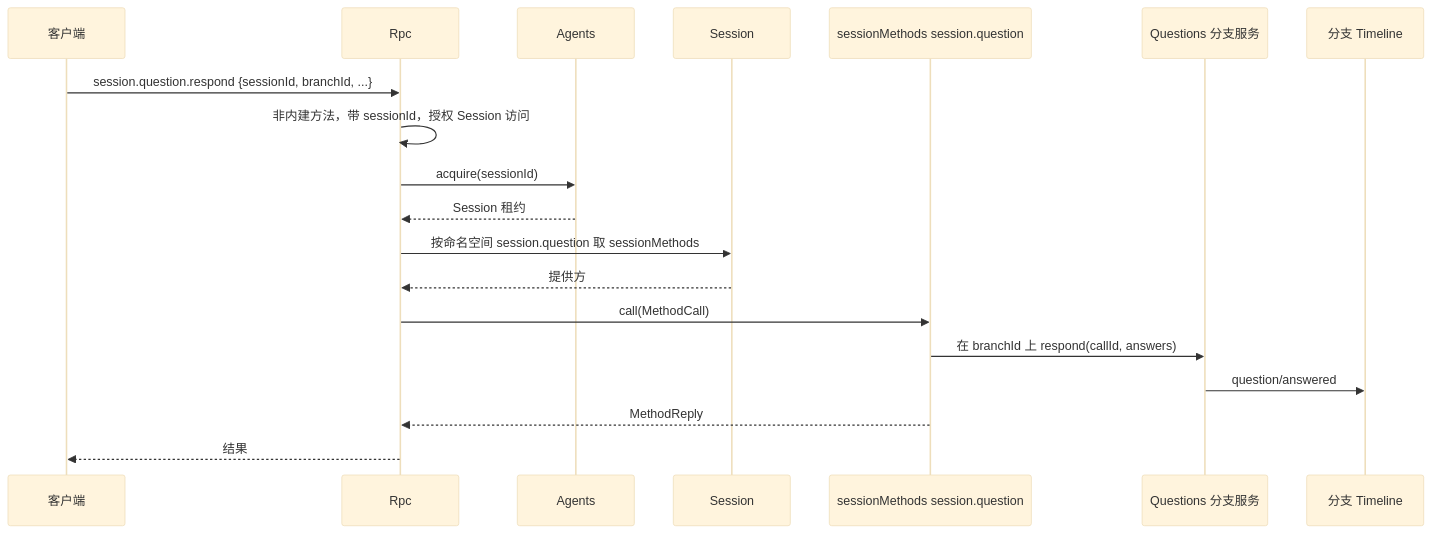
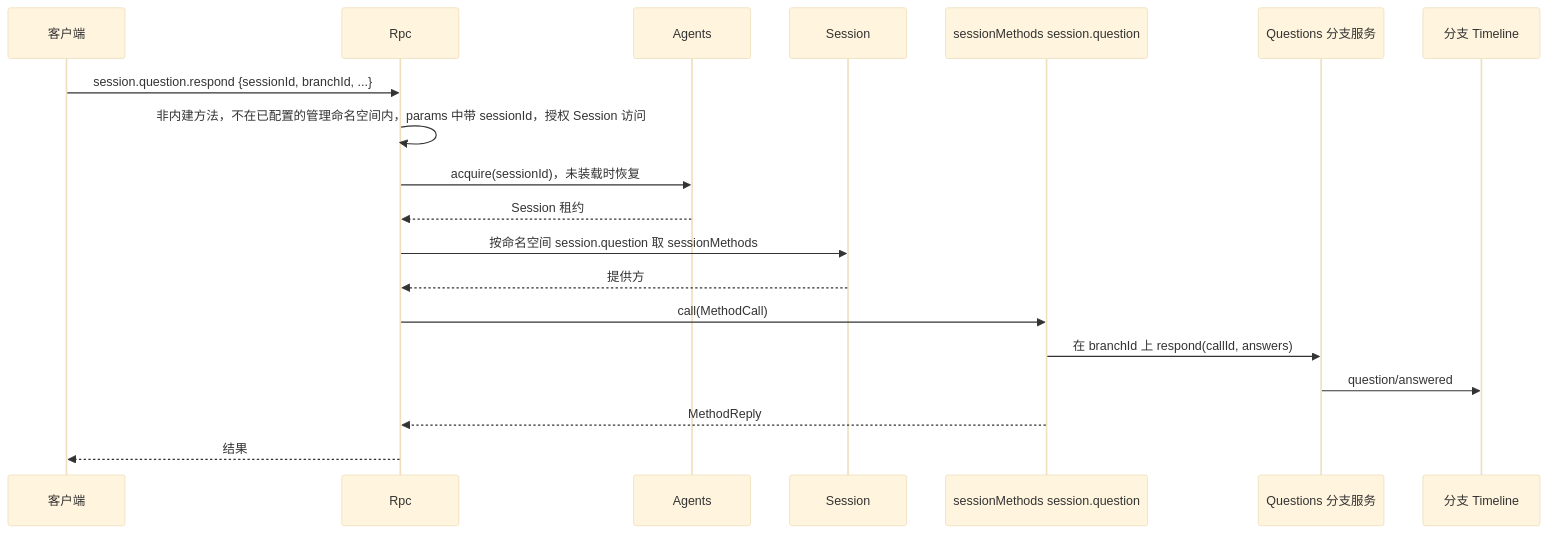
Before and after one commit to CoutinhoTTS/dim-agent: the second of 3 diagrams in docs/zh/design/contracts/session-boundary.md, drawn with Mermaid (base theme). The commit also changed other lines of this file and 27 other files, not shown here.

````diff
--- a/docs/zh/design/contracts/session-boundary.md
+++ b/docs/zh/design/contracts/session-boundary.md
@@ -67,21 +67,21 @@
 ```mermaid
 sequenceDiagram
   participant CL as 客户端
   participant Rpc as Rpc
   participant AI as Agents
   participant S as Session
   participant Q as sessionMethods session.question
   participant QB as Questions 分支服务
   participant TL as 分支 Timeline
   CL->>Rpc: session.question.respond {sessionId, branchId, ...}
-  Rpc->>Rpc: 非内建方法，带 sessionId，授权 Session 访问
-  Rpc->>AI: acquire(sessionId)
+  Rpc->>Rpc: 非内建方法，不在已配置的管理命名空间内，params 中带 sessionId，授权 Session 访问
+  Rpc->>AI: acquire(sessionId)，未装载时恢复
   AI-->>Rpc: Session 租约
   Rpc->>S: 按命名空间 session.question 取 sessionMethods
   S-->>Rpc: 提供方
   Rpc->>Q: call(MethodCall)
   Q->>QB: 在 branchId 上 respond(callId, answers)
   QB->>TL: question/answered
   Q-->>Rpc: MethodReply
   Rpc-->>CL: 结果
 ```
````
